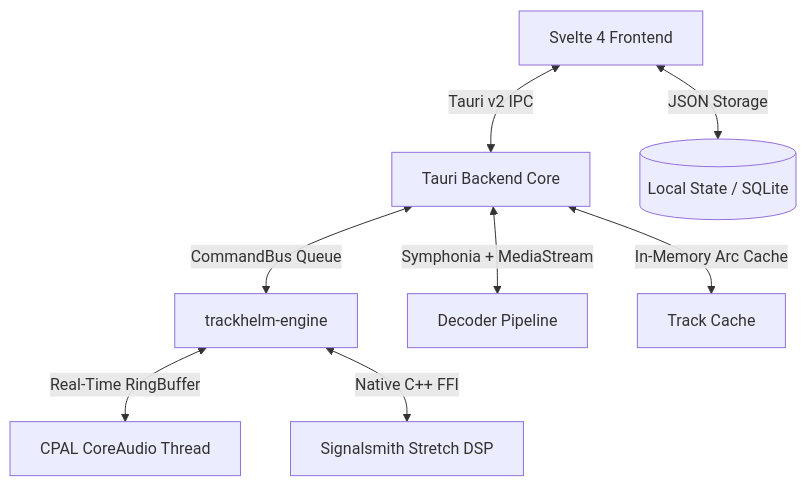
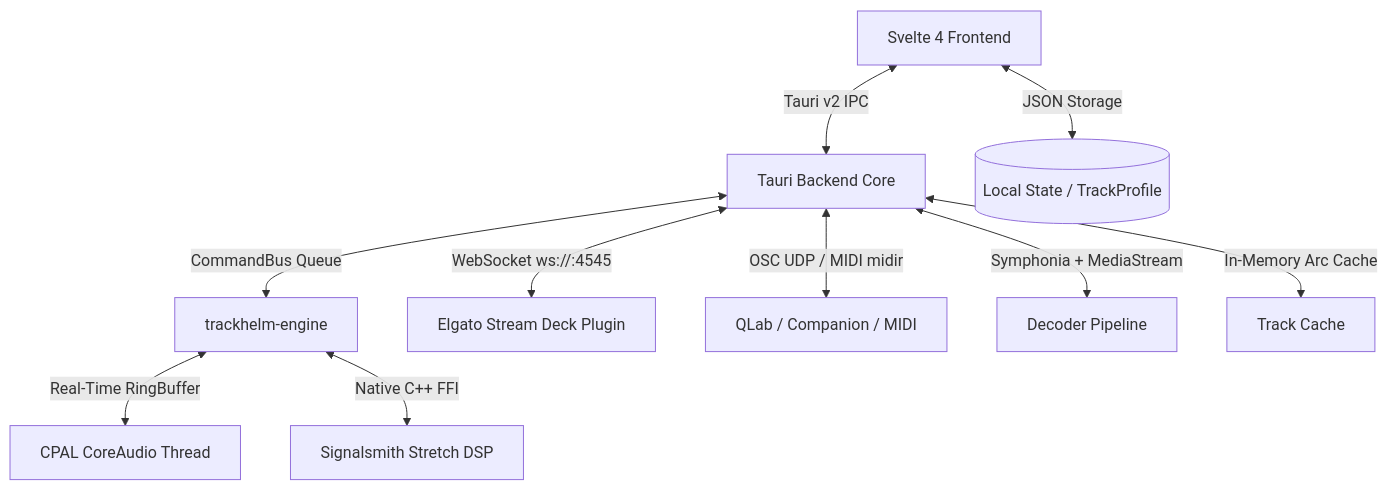
Before and after one commit to jwink75/TrackHelm: the diagram in README.md, drawn with Mermaid. The commit also changed other lines of this file and 1 other file, not shown here.

Commit message:
Comprehensive documentation update: ADRs, Milestones 0-9, Stream Deck integration, Export engine, and real-time DSP specifications

````diff
--- a/README.md
+++ b/README.md
@@ -93,10 +133,12 @@
 ```mermaid
 graph TD
     UI[Svelte 4 Frontend] <-->|Tauri v2 IPC| Core[Tauri Backend Core]
     Core <-->|CommandBus Queue| Engine[trackhelm-engine]
     Engine <-->|Real-Time RingBuffer| CPAL[CPAL CoreAudio Thread]
     Engine <-->|Native C++ FFI| Stretch[Signalsmith Stretch DSP]
+    Core <-->|WebSocket ws://:4545| StreamDeck[Elgato Stream Deck Plugin]
+    Core <-->|OSC UDP / MIDI midir| ShowControl[QLab / Companion / MIDI]
     Core <-->|Symphonia + MediaStream| Decoder[Decoder Pipeline]
     Core <-->|In-Memory Arc Cache| TrackCache[Track Cache]
-    UI <-->|JSON Storage| Storage[(Local State / SQLite)]
+    UI <-->|JSON Storage| Storage[(Local State / TrackProfile)]
 ```
````
